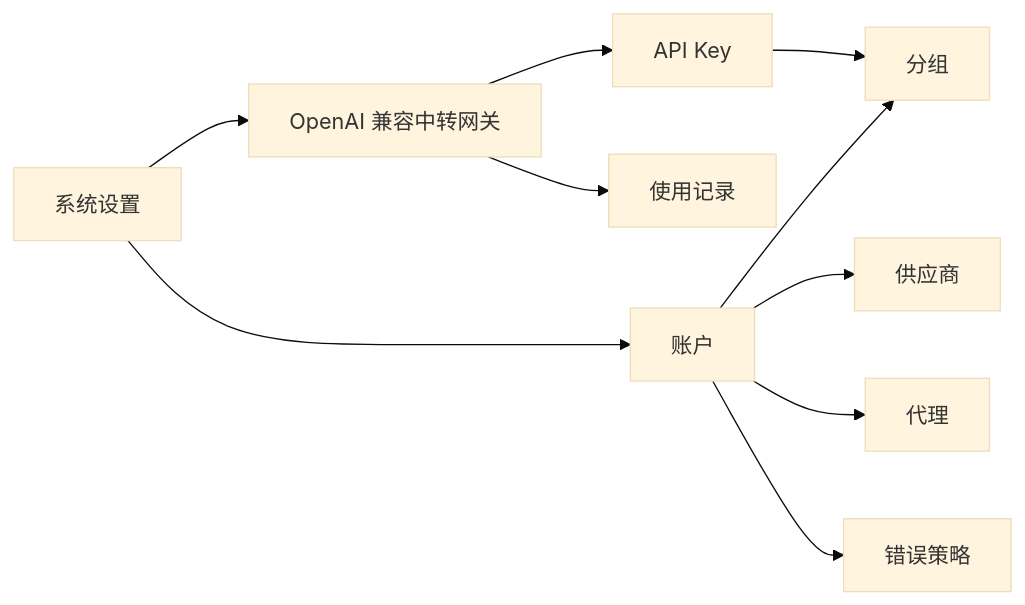
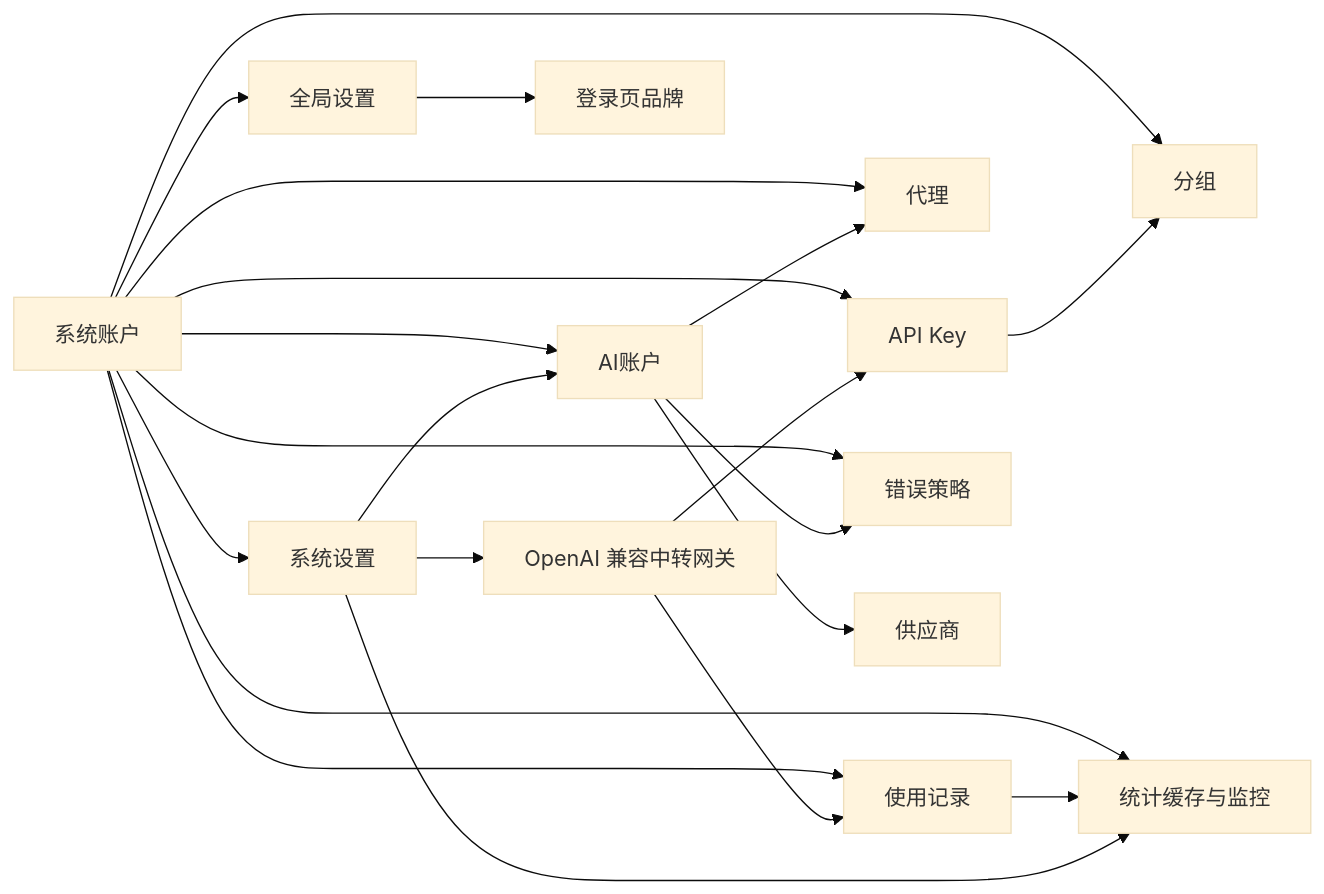
One commit to huanmin123/juhe-ai changed the diagram in docs/architecture.md. Above: the diagram before and after it, drawn with Mermaid (base theme). The commit also changed other lines of this file and 31 other files, not shown here.

````diff
--- a/docs/architecture.md
+++ b/docs/architecture.md
@@ -18,12 +35,23 @@
 ```mermaid
 flowchart LR
-  APIKey["API Key"] --> Group["分组"]
-  Account["账户"] --> Group
-  Account --> Provider["供应商"]
-  Account --> Proxy["代理"]
-  Account --> ErrorPolicy["错误策略"]
+  SystemAccount["系统账户"] --> GlobalSettings["全局设置"]
+  SystemAccount --> SystemSettings["系统设置"]
+  SystemAccount --> AIAccount["AI账户"]
+  SystemAccount --> Group["分组"]
+  SystemAccount --> APIKey["API Key"]
+  SystemAccount --> Proxy["代理"]
+  SystemAccount --> Usage["使用记录"]
+  SystemAccount --> Stats["统计缓存与监控"]
+  SystemAccount --> ErrorPolicy["错误策略"]
+  GlobalSettings --> LoginBrand["登录页品牌"]
+  AIAccount --> Provider["供应商"]
+  AIAccount --> Proxy
+  AIAccount --> ErrorPolicy
+  APIKey --> Group
   Gateway["OpenAI 兼容中转网关"] --> APIKey
   Gateway --> Usage["使用记录"]
-  Settings["系统设置"] --> Gateway
-  Settings --> Account
+  Usage --> Stats["统计缓存与监控"]
+  SystemSettings --> Gateway
+  SystemSettings --> AIAccount
+  SystemSettings --> Stats
 ```
````
